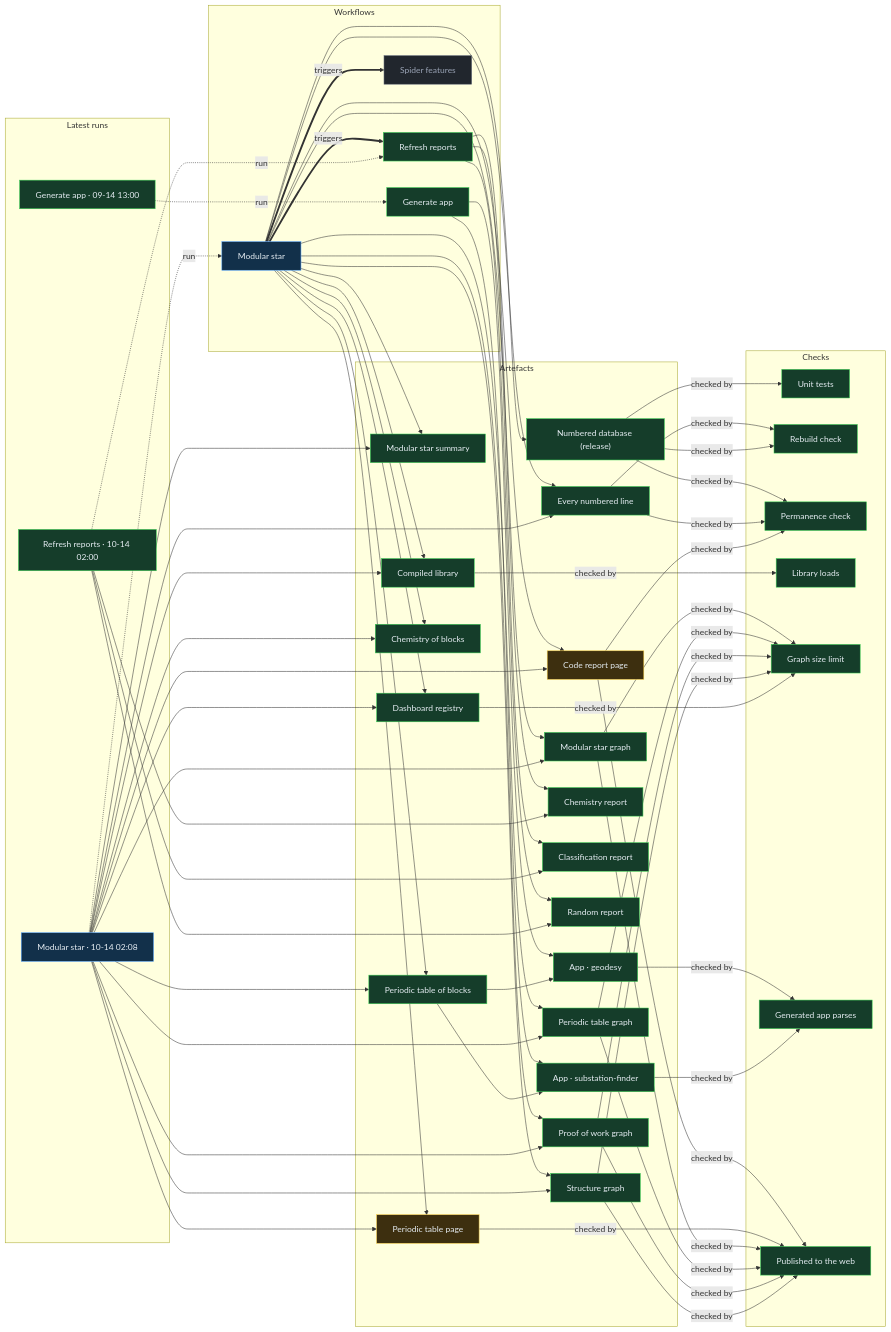
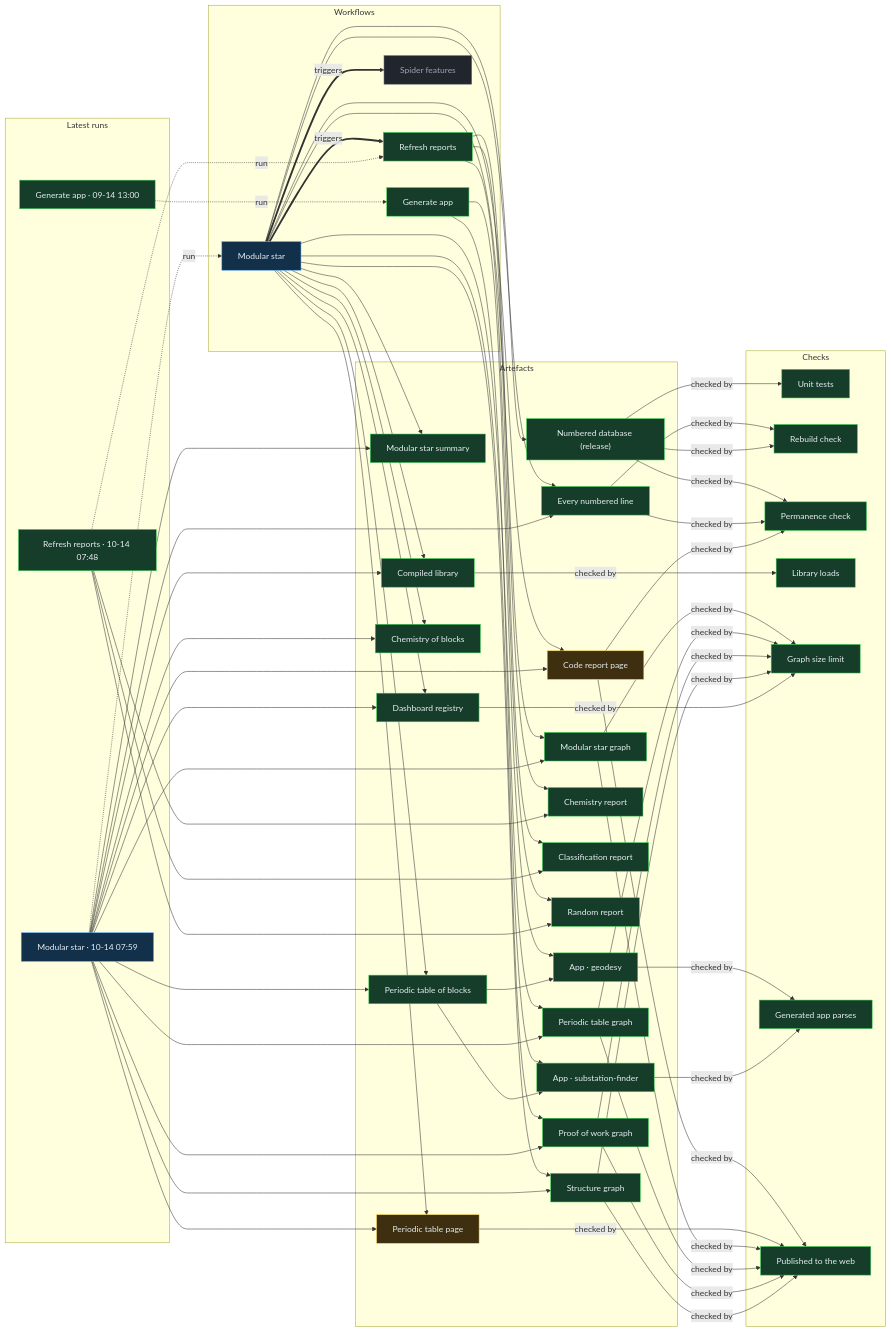
The diagram in proof/PROOF.md (Ventusltd/stars), drawn with Mermaid before and after one commit. The commit also changed other lines of this file and 46 other files, not shown here.

Commit message:
Modular star 2026-10-14T08:01Z

```diff
--- a/proof/PROOF.md
+++ b/proof/PROOF.md
@@ -24,8 +24,8 @@
   n_wf_spider_features["Spider features"]:::off
   end
   subgraph g_runs["Latest runs"]
-  n_run_38499451701["Modular star · 10-14 02:08"]:::live
-  n_run_38498717313["Refresh reports · 10-14 02:00"]:::ok
+  n_run_38531950619["Modular star · 10-14 07:59"]:::live
+  n_run_38530775708["Refresh reports · 10-14 07:48"]:::ok
   n_run_34846587798["Generate app · 09-14 13:00"]:::ok
   end
   subgraph g_artefacts["Artefacts"]
@@ -59,39 +59,39 @@
   end
   n_wf_modular_star == triggers ==> n_wf_refresh
   n_wf_modular_star == triggers ==> n_wf_spider_features
-  n_run_38499451701 -. run .-> n_wf_modular_star
-  n_run_38498717313 -. run .-> n_wf_refresh
+  n_run_38531950619 -. run .-> n_wf_modular_star
+  n_run_38530775708 -. run .-> n_wf_refresh
   n_run_34846587798 -. run .-> n_wf_generate
   n_wf_modular_star --> n_art_summary
-  n_run_38499451701 --> n_art_summary
+  n_run_38531950619 --> n_art_summary
   n_wf_modular_star --> n_art_lines
-  n_run_38499451701 --> n_art_lines
+  n_run_38531950619 --> n_art_lines
   n_wf_modular_star --> n_art_code
-  n_run_38499451701 --> n_art_code
+  n_run_38531950619 --> n_art_code
   n_wf_modular_star --> n_art_modular_graph
-  n_run_38499451701 --> n_art_modular_graph
+  n_run_38531950619 --> n_art_modular_graph
   n_wf_modular_star --> n_art_blocks
-  n_run_38499451701 --> n_art_blocks
+  n_run_38531950619 --> n_art_blocks
   n_wf_modular_star --> n_art_table
-  n_run_38499451701 --> n_art_table
+  n_run_38531950619 --> n_art_table
   n_wf_modular_star --> n_art_blocks_graph
-  n_run_38499451701 --> n_art_blocks_graph
+  n_run_38531950619 --> n_art_blocks_graph
   n_wf_modular_star --> n_art_reactions
-  n_run_38499451701 --> n_art_reactions
+  n_run_38531950619 --> n_art_reactions
   n_wf_modular_star --> n_art_library
-  n_run_38499451701 --> n_art_library
+  n_run_38531950619 --> n_art_library
   n_wf_modular_star --> n_art_features
-  n_run_38499451701 --> n_art_features
+  n_run_38531950619 --> n_art_features
   n_wf_modular_star --> n_art_proof
-  n_run_38499451701 --> n_art_proof
+  n_run_38531950619 --> n_art_proof
   n_wf_modular_star --> n_art_structure
-  n_run_38499451701 --> n_art_structure
+  n_run_38531950619 --> n_art_structure
   n_wf_refresh --> n_art_chemistry
-  n_run_38498717313 --> n_art_chemistry
+  n_run_38530775708 --> n_art_chemistry
   n_wf_refresh --> n_art_vedic
-  n_run_38498717313 --> n_art_vedic
+  n_run_38530775708 --> n_art_vedic
   n_wf_refresh --> n_art_random
-  n_run_38498717313 --> n_art_random
+  n_run_38530775708 --> n_art_random
   n_wf_modular_star --> n_art_release
   n_wf_generate --> n_app_geodesy
   n_art_blocks --> n_app_geodesy
```
